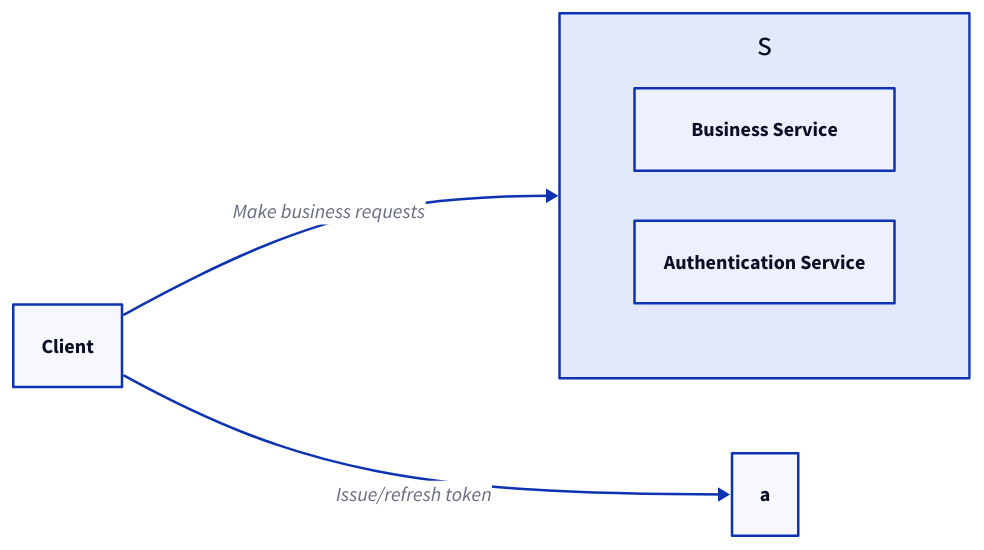
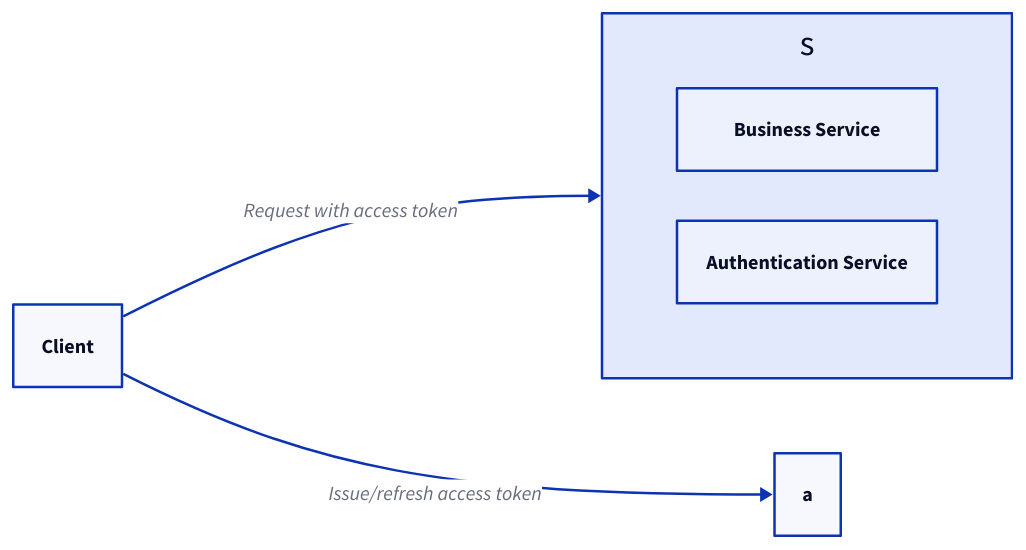
One commit to link1905/system-design-101 changed the eighth of 26 diagrams in content/docs/system-administration/system-protection/iam.md. Above: the diagram before and after it, drawn with D2. The commit also changed other lines of this file, not shown here.

````diff
--- a/content/docs/system-administration/system-protection/iam.md
+++ b/content/docs/system-administration/system-protection/iam.md
@@ -333,18 +367,21 @@
 ```d2
 direction: right
+
 c: Client {
   class: client
 }
+
 s: {
   grid-rows: 2
   class: none
   s: Business Service {
     class: server
   }
   a: Authentication Service {
     class: server
   }
 }
-c -> s: Make business requests
-c -> a: Issue/refresh token
+
+c -> s: Request with access token
+c -> a: Issue/refresh access token
 ```
````
